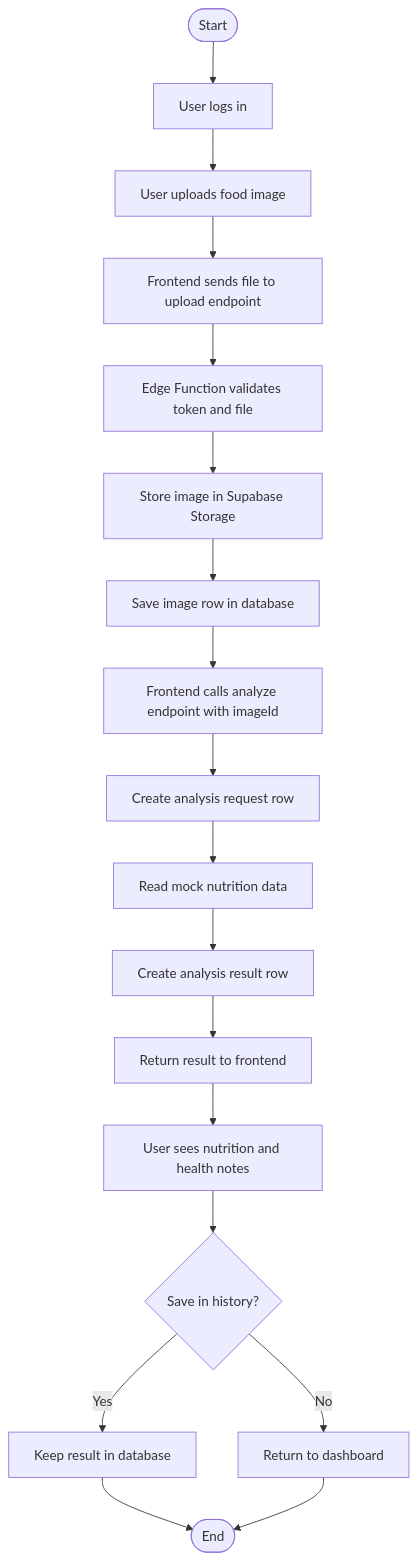
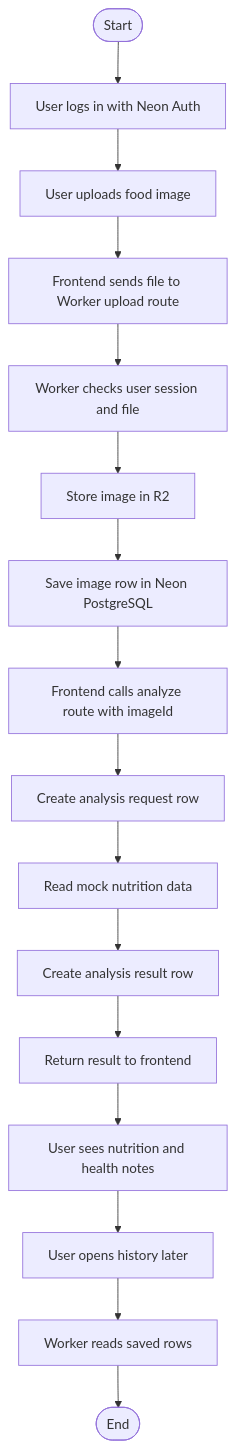
Before and after one commit to Tamal-11/cse4104-7a-t03-nutrilens: the diagram in diagrams/activity_diagram.md, drawn with Mermaid. The commit also changed 10 other files, not shown here.

````diff
--- a/diagrams/activity_diagram.md
+++ b/diagrams/activity_diagram.md
@@ -5,20 +5,18 @@
 ```mermaid
 flowchart TD
-    A([Start]) --> B[User logs in]
+    A([Start]) --> B[User logs in with Neon Auth]
     B --> C[User uploads food image]
-    C --> D[Frontend sends file to upload endpoint]
-    D --> E[Edge Function validates token and file]
-    E --> F[Store image in Supabase Storage]
-    F --> G[Save image row in database]
-    G --> H[Frontend calls analyze endpoint with imageId]
+    C --> D[Frontend sends file to Worker upload route]
+    D --> E[Worker checks user session and file]
+    E --> F[Store image in R2]
+    F --> G[Save image row in Neon PostgreSQL]
+    G --> H[Frontend calls analyze route with imageId]
     H --> I[Create analysis request row]
     I --> J[Read mock nutrition data]
     J --> K[Create analysis result row]
     K --> L[Return result to frontend]
     L --> M[User sees nutrition and health notes]
-    M --> N{Save in history?}
-    N -->|Yes| O[Keep result in database]
-    N -->|No| P[Return to dashboard]
-    O --> Q([End])
-    P --> Q
+    M --> N[User opens history later]
+    N --> O[Worker reads saved rows]
+    O --> P([End])
 ```
````
